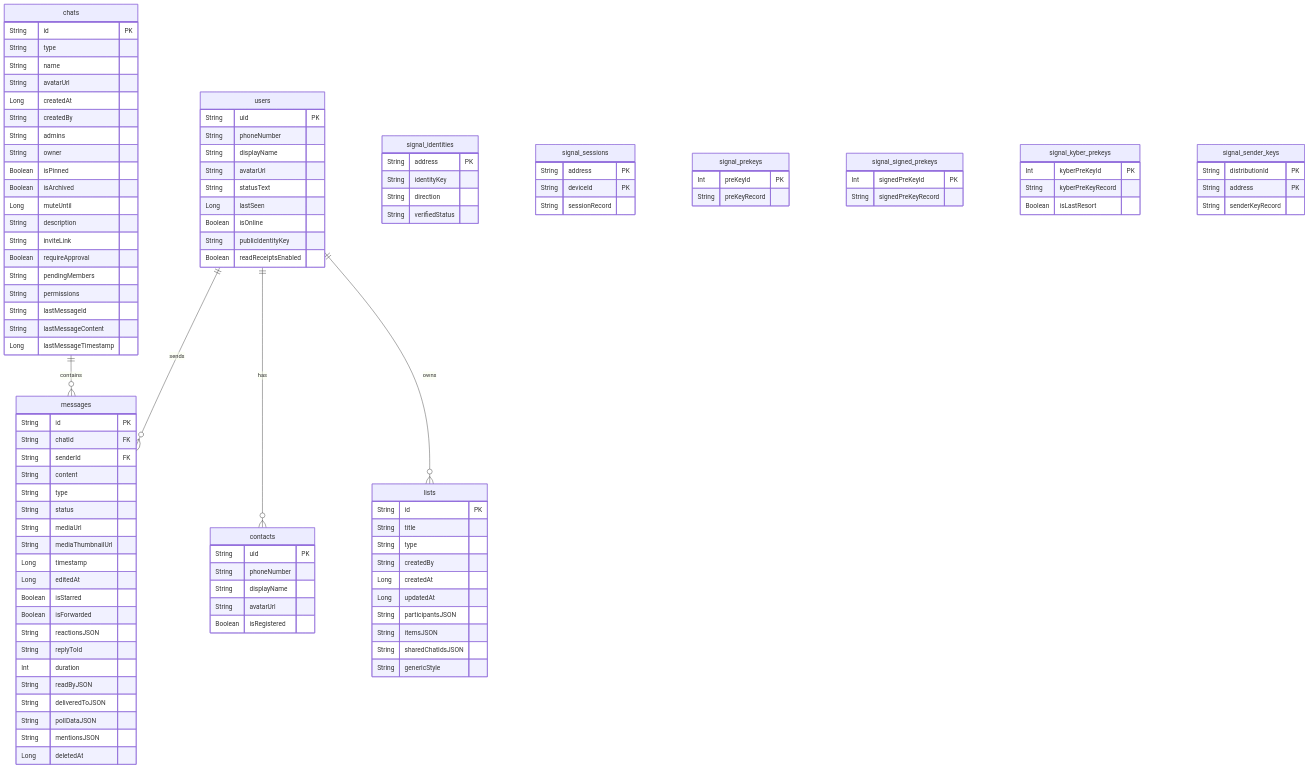
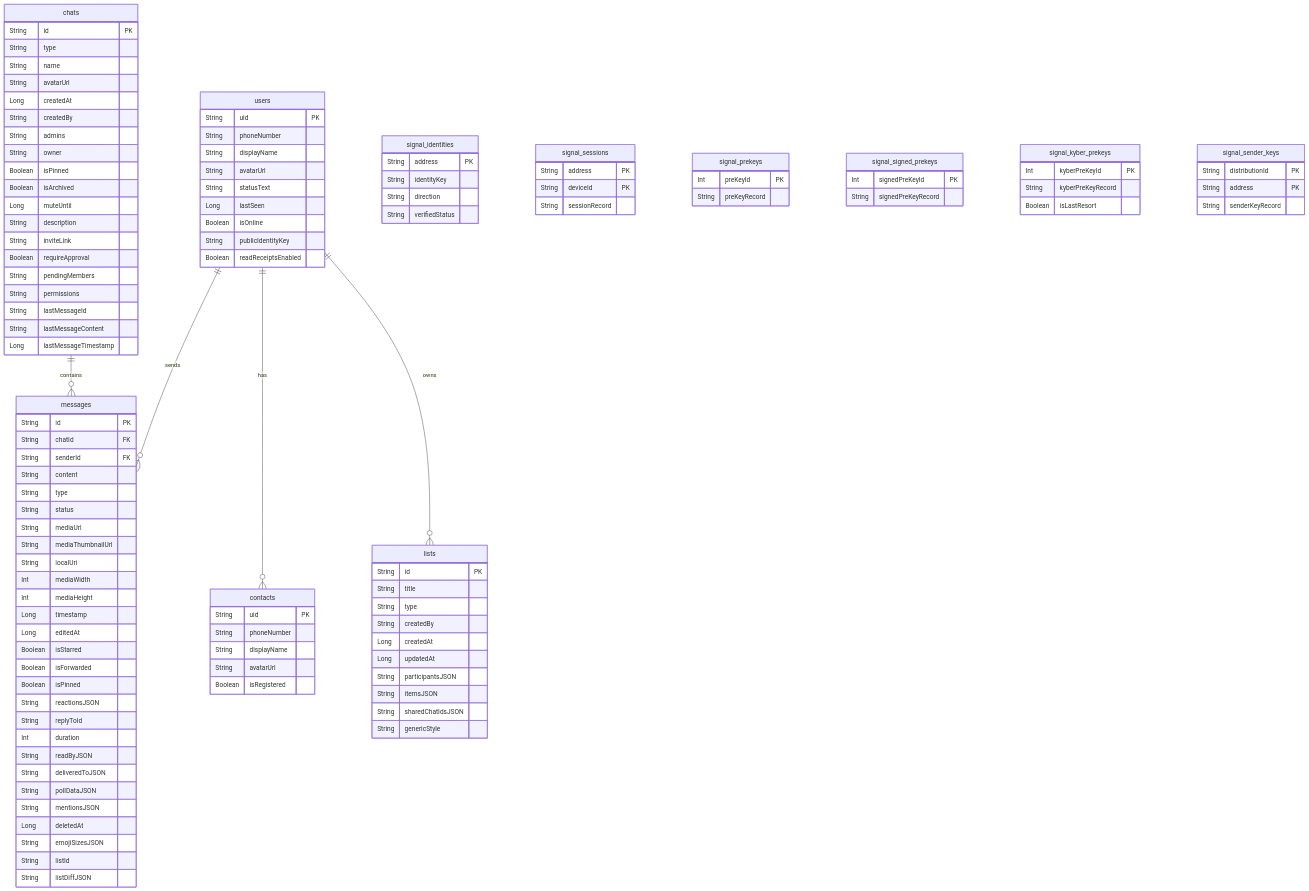
The sixth of 7 diagrams in docs/ARCHITECTURE.md (gomorra/fire-stream-chat), drawn with Mermaid before and after one commit. The commit also changed other lines of this file and 2 other files, not shown here.

```diff
--- a/docs/ARCHITECTURE.md
+++ b/docs/ARCHITECTURE.md
@@ -377,10 +378,14 @@
         String status
         String mediaUrl
         String mediaThumbnailUrl
+        String localUri
+        Int mediaWidth
+        Int mediaHeight
         Long timestamp
         Long editedAt
         Boolean isStarred
         Boolean isForwarded
+        Boolean isPinned
         String reactionsJSON
         String replyToId
         Int duration
@@ -389,6 +394,9 @@
         String pollDataJSON
         String mentionsJSON
         Long deletedAt
+        String emojiSizesJSON
+        String listId
+        String listDiffJSON
     }
 
     contacts {
```
